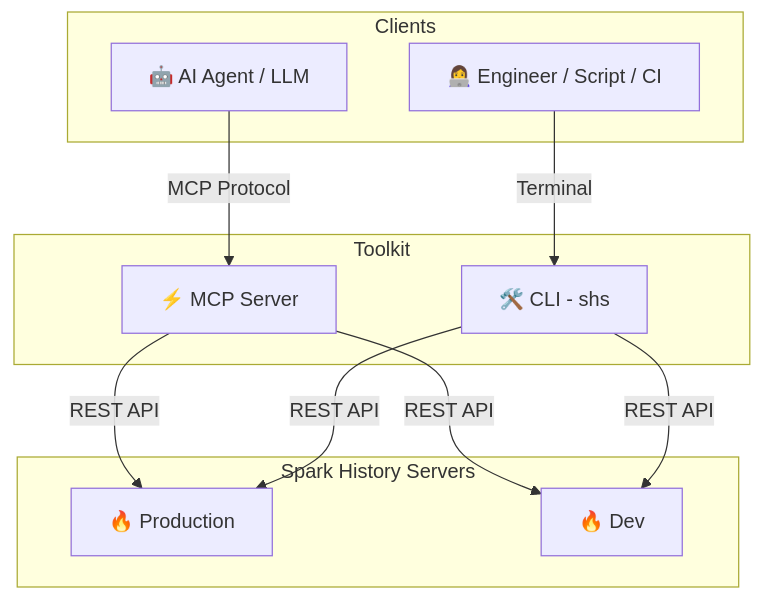
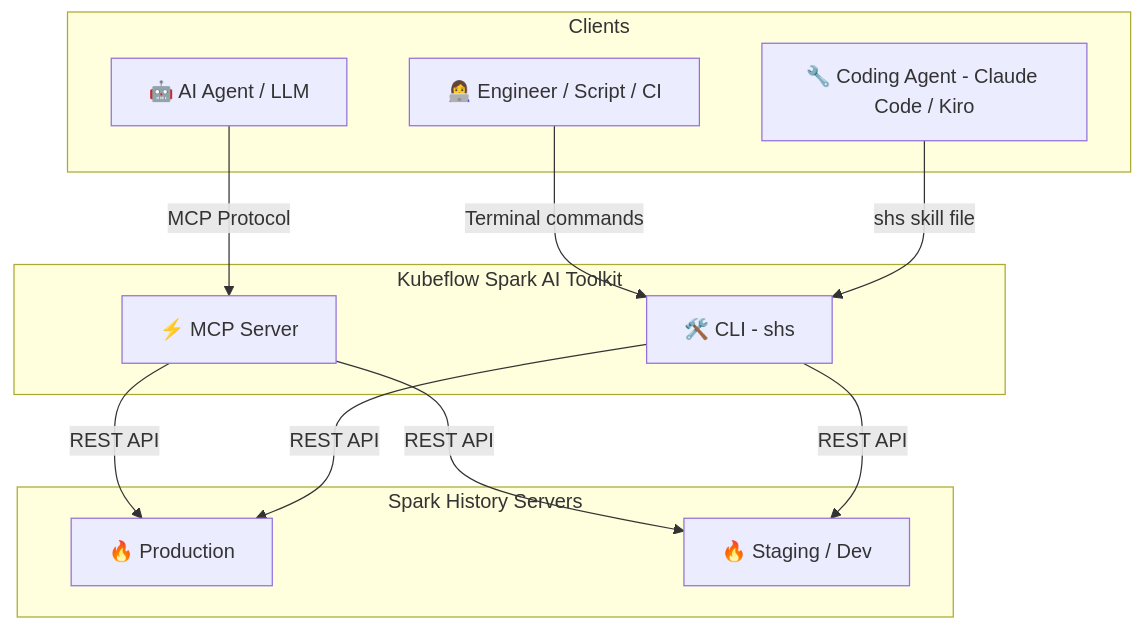
One commit to kubeflow/mcp-apache-spark-history-server changed the diagram in README.md. Above: the diagram before and after it, drawn with Mermaid. The commit also changed other lines of this file and 1 other file, not shown here.

Commit message:
docs: add SHS CLI launch banner and fix README accuracy for v1.0.0 (#174)

````diff
--- a/README.md
+++ b/README.md
@@ -59,25 +41,27 @@
 ```mermaid
 graph TB
     subgraph Clients
         A[🤖 AI Agent / LLM]
         B[👩‍💻 Engineer / Script / CI]
+        C[🔧 Coding Agent - Claude Code / Kiro]
     end
 
-    subgraph Toolkit
-        C[⚡ MCP Server]
-        D[🛠️ CLI - shs]
+    subgraph "Kubeflow Spark AI Toolkit"
+        D[⚡ MCP Server]
+        E[🛠️ CLI - shs]
     end
 
-    subgraph Spark History Servers
-        E[🔥 Production]
-        F[🔥 Dev]
+    subgraph "Spark History Servers"
+        F[🔥 Production]
+        G[🔥 Staging / Dev]
     end
 
-    A -->|MCP Protocol| C
-    B -->|Terminal| D
+    A -->|MCP Protocol| D
+    B -->|Terminal commands| E
+    C -->|shs skill file| E
 
-    C -->|REST API| E
-    C -->|REST API| F
-    D -->|REST API| E
     D -->|REST API| F
+    D -->|REST API| G
+    E -->|REST API| F
+    E -->|REST API| G
 ```
````
